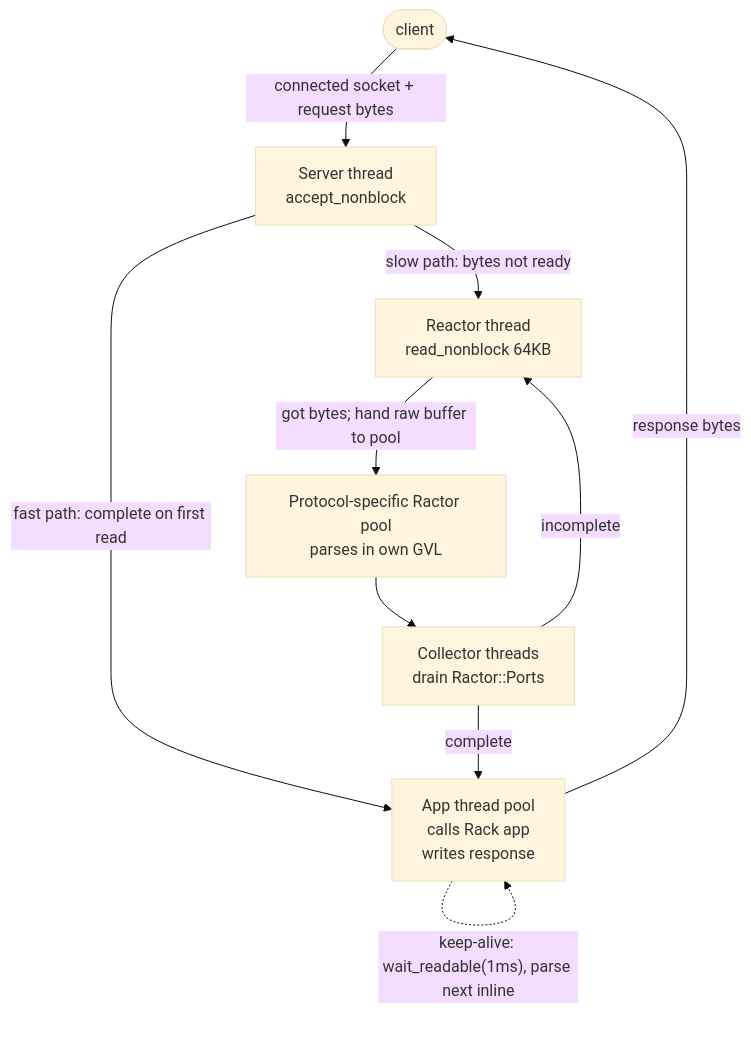
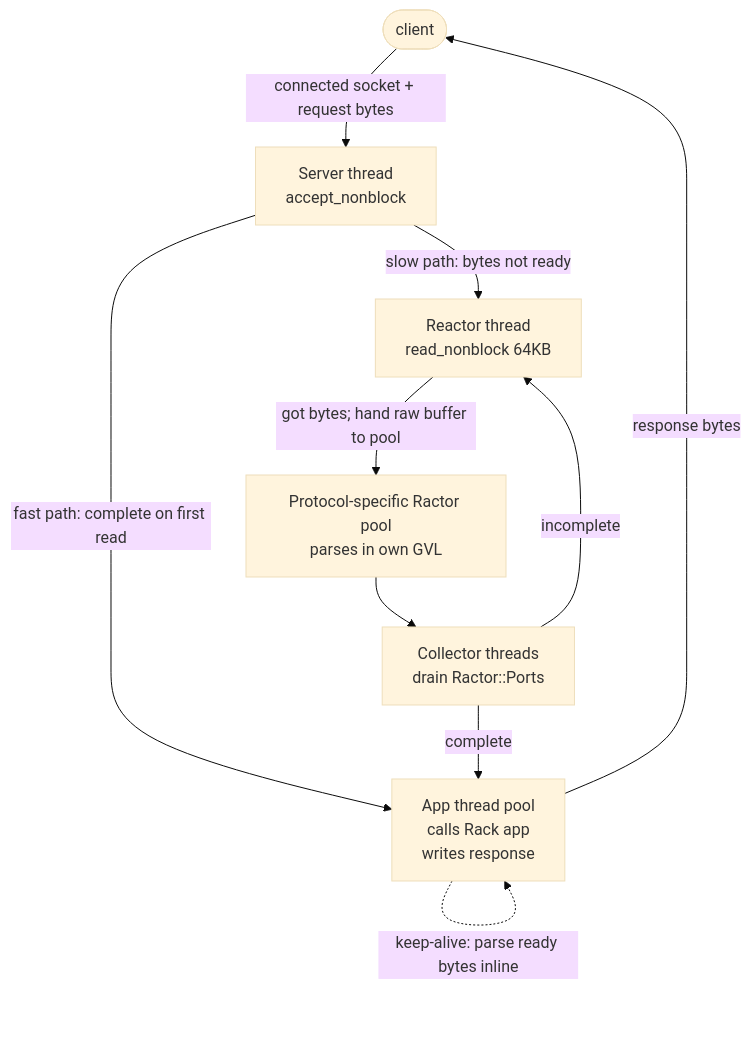
The eighth of 14 diagrams in docs/brisrails-talk.md (joshuay03/raptor), drawn with Mermaid (base theme) before and after one commit. The commit also changed other lines of this file and 5 other files, not shown here.

Commit message:
Return idle HTTP/1.1 keep-alive connections to the reactor without waiting

````diff
--- a/docs/brisrails-talk.md
+++ b/docs/brisrails-talk.md
@@ -1306,19 +1306,19 @@
 ```mermaid
 flowchart TB
     Client(["client"])
     Srv["Server thread<br/>accept_nonblock"]
     Rct["Reactor thread<br/>read_nonblock 64KB"]
     RP["Protocol-specific Ractor pool<br/>parses in own GVL"]
     Col["Collector threads<br/>drain Ractor::Ports"]
     ATP["App thread pool<br/>calls Rack app<br/>writes response"]
 
     Client -->|"connected socket + request bytes"| Srv
     Srv -->|"fast path: complete on first read"| ATP
     Srv -->|"slow path: bytes not ready"| Rct
     Rct -->|"got bytes; hand raw buffer to pool"| RP
     RP --> Col
     Col -->|"complete"| ATP
     Col -->|"incomplete"| Rct
     ATP -->|"response bytes"| Client
-    ATP -.->|"keep-alive: wait_readable(1ms), parse next inline"| ATP
+    ATP -.->|"keep-alive: parse ready bytes inline"| ATP
 ```
````
